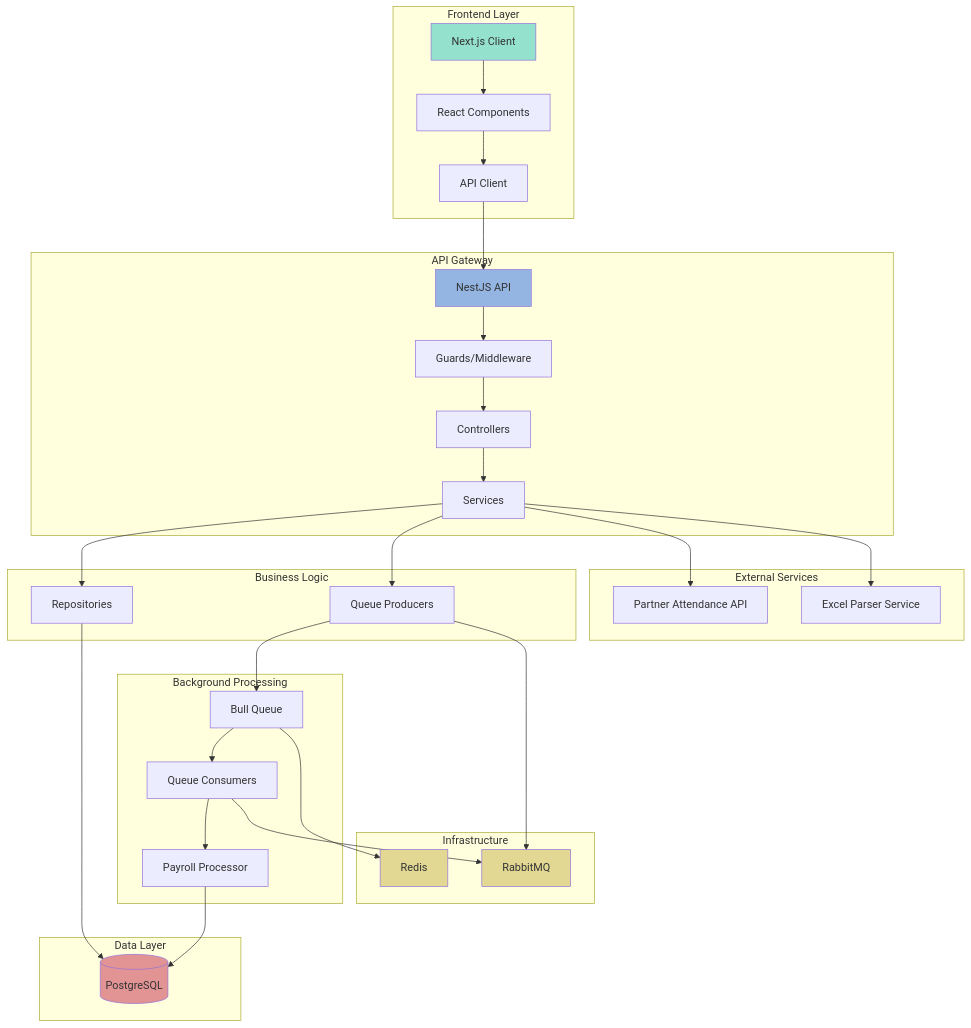
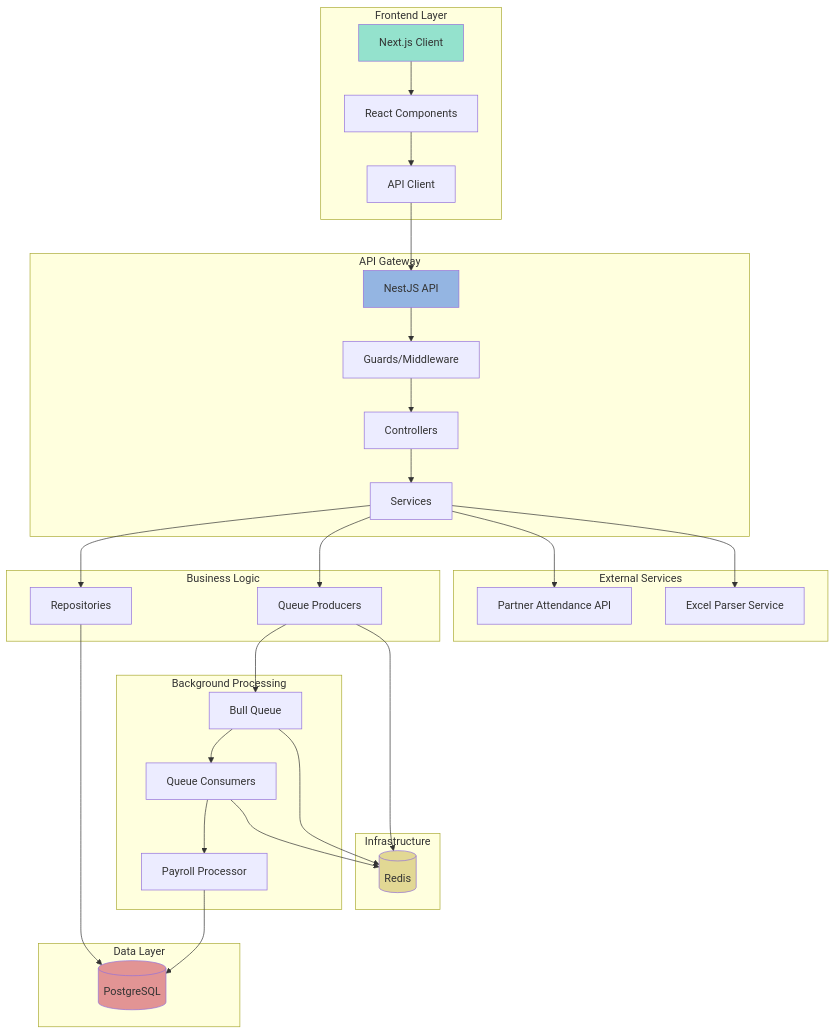
Before and after one commit to nicolascine/payroll-system: the diagram in README.md, drawn with Mermaid. The commit also changed other lines of this file, not shown here.

Commit message:
fix: update diagram

````diff
--- a/README.md
+++ b/README.md
@@ -21,48 +21,46 @@
 ```mermaid
 ---
 config:
   layout: fixed
 ---
 graph TB
     subgraph "Frontend Layer"
         A[Next.js Client] --> B[React Components]
         B --> C[API Client]
     end
     subgraph "API Gateway"
         D[NestJS API] --> E[Guards/Middleware]
         E --> F[Controllers]
         F --> G[Services]
     end
     subgraph "Business Logic"
         G --> H[Repositories]
         G --> I[Queue Producers]
     end
     subgraph "Background Processing"
         I --> J[Bull Queue]
         J --> K[Queue Consumers]
         K --> L[Payroll Processor]
     end
     subgraph "Data Layer"
         H --> M[(PostgreSQL)]
         L --> M
     end
     subgraph "External Services"
         N[Partner Attendance API]
         O[Excel Parser Service]
     end
     subgraph "Infrastructure"
-        P[Redis]
-        Q[RabbitMQ]
+        P[(Redis)]
     end
     C --> D
     G --> N
     G --> O
     J --> P
-    I --> Q
-    K --> Q
+    I --> P
+    K --> P
     style A fill:#94e2cd
     style D fill:#94b5e2
     style M fill:#e29494
     style P fill:#e2d894
-    style Q fill:#e2d894
 ```
````
